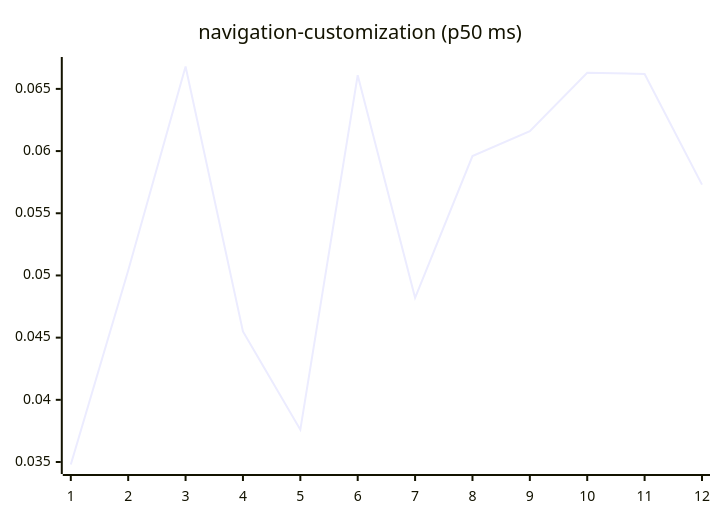
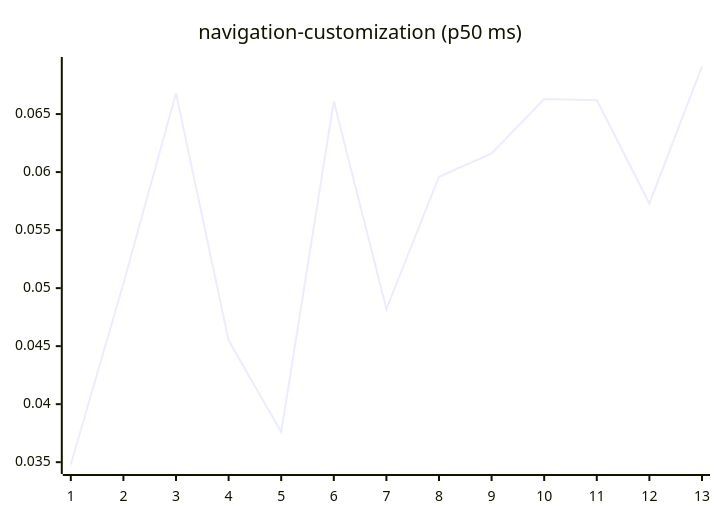
Before and after one commit to josha/Facet: diagram 15 of 27 in README.md, drawn with Mermaid. The commit also changed other lines of this file and 2 other files, not shown here.

````diff
--- a/README.md
+++ b/README.md
@@ -161,6 +161,6 @@
 ```mermaid
 xychart-beta
     title "navigation-customization (p50 ms)"
-    x-axis 1 --> 12
-    line [0.0348, 0.0504, 0.0668, 0.0455, 0.0376, 0.0661, 0.0482, 0.0596, 0.0616, 0.0663, 0.0662, 0.0573]
+    x-axis 1 --> 13
+    line [0.0348, 0.0504, 0.0668, 0.0455, 0.0376, 0.0661, 0.0482, 0.0596, 0.0616, 0.0663, 0.0662, 0.0573, 0.0691]
 ```
````
